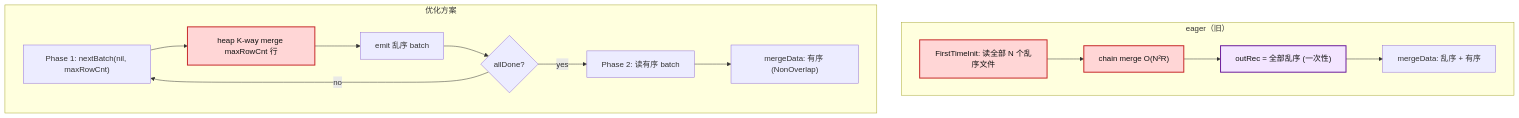
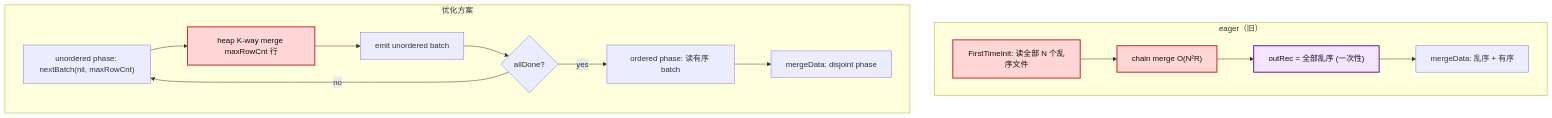
Before and after one commit to zhiwangdu/openGemini: the sixth of 8 diagrams in tsmMergeCursor_unordered_merge_proposal.md, drawn with Mermaid. The commit also changed other lines of this file, not shown here.

Commit message:
docs: clarify descending lazy unordered merge

````diff
--- a/tsmMergeCursor_unordered_merge_proposal.md
+++ b/tsmMergeCursor_unordered_merge_proposal.md
@@ -359,22 +359,22 @@
 ```mermaid
 flowchart TD
     subgraph OLD["eager（旧）"]
         OB["FirstTimeInit: 读全部 N 个乱序文件"] --> OC["chain merge O(N²R)"]
         OC --> OD["outRec = 全部乱序 (一次性)"]
         OD --> OE["mergeData: 乱序 + 有序"]
     end
     subgraph NEW["优化方案"]
-        NB["Phase 1: nextBatch(nil, maxRowCnt)"] --> NC["heap K-way merge maxRowCnt 行"]
-        NC --> ND["emit 乱序 batch"]
+        NB["unordered phase: nextBatch(nil, maxRowCnt)"] --> NC["heap K-way merge maxRowCnt 行"]
+        NC --> ND["emit unordered batch"]
         ND --> NE{"allDone?"}
         NE -- "no" --> NB
-        NE -- "yes" --> NF["Phase 2: 读有序 batch"]
-        NF --> NG["mergeData: 有序 (NonOverlap)"]
+        NE -- "yes" --> NF["ordered phase: 读有序 batch"]
+        NF --> NG["mergeData: disjoint phase"]
     end
     OB:::hot
     OC:::hot
     OD:::mem
     NC:::hot
     classDef hot fill:#ffd6d6,stroke:#c62828,stroke-width:2px,color:#111;
     classDef mem fill:#f3e5ff,stroke:#6a1b9a,stroke-width:2px,color:#111;
 ```
````
